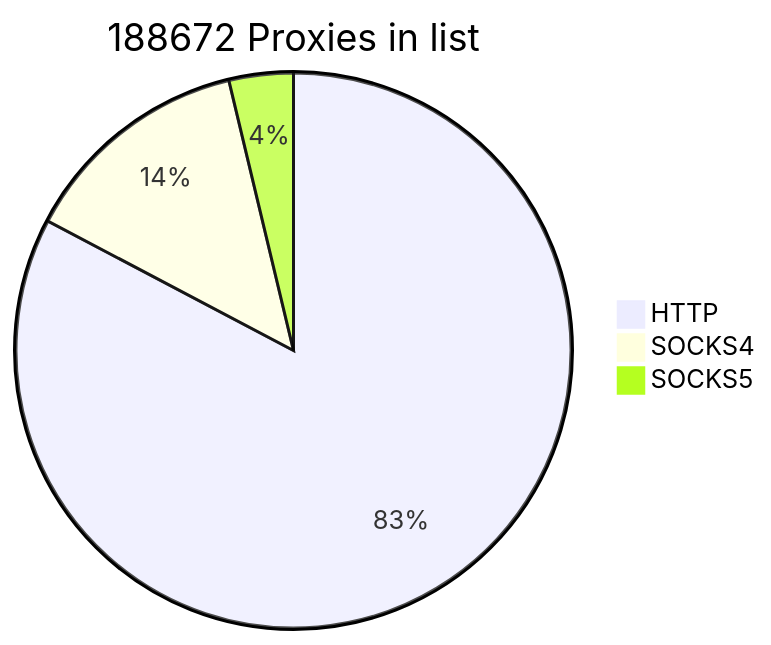
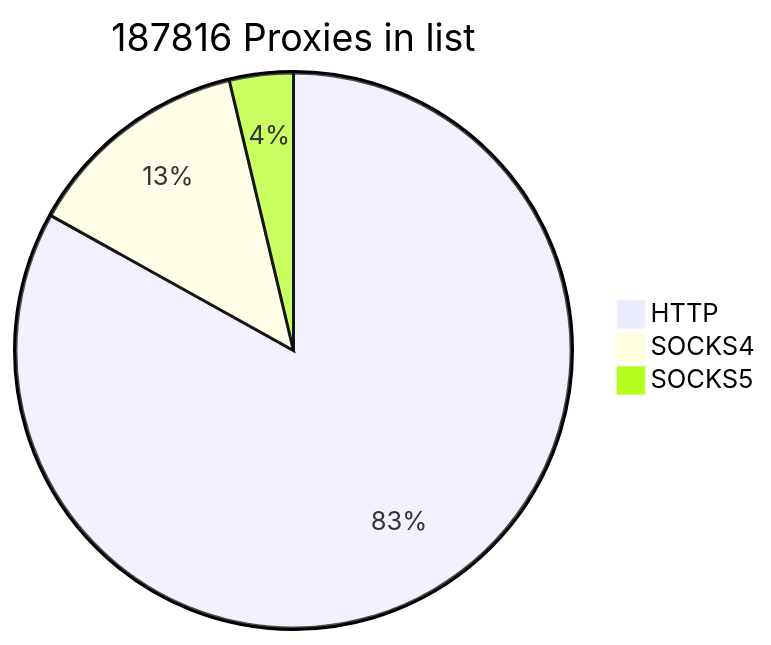
Before and after one commit to cutipu/proxylist: the first of 2 diagrams in README.md, drawn with Mermaid. The commit also changed other lines of this file, not shown here.

````diff
--- a/README.md
+++ b/README.md
@@ -2,7 +2,7 @@
 ```mermaid
-pie title 188672 Proxies in list
-    "HTTP" : 156062
-    "SOCKS4" : 25555
-    "SOCKS5" : 7055
+pie title 187816 Proxies in list
+    "HTTP" : 156037
+    "SOCKS4" : 24805
+    "SOCKS5" : 6974
             
 ```
````
